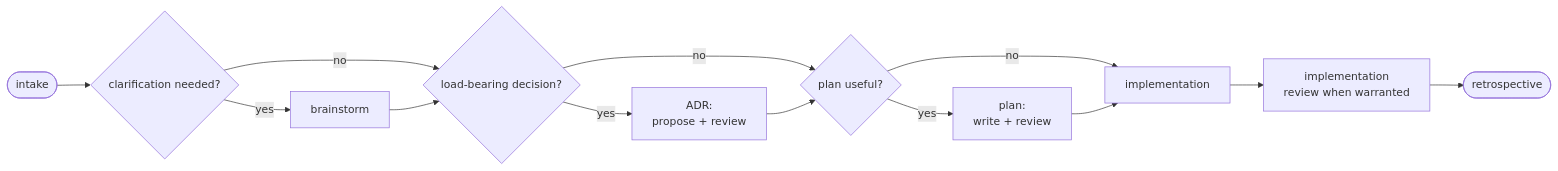
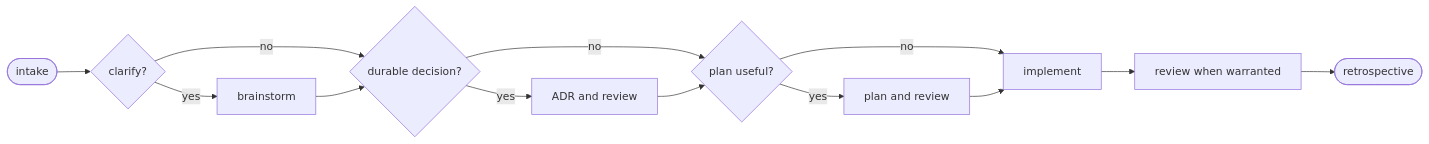
Before and after one commit to hypnotox/agentic-workflows: the diagram in README.md, drawn with Mermaid. The commit also changed other lines of this file and 1 other file, not shown here.

````diff
--- a/README.md
+++ b/README.md
@@ -111,15 +97,15 @@
 ```mermaid
 flowchart LR
-    IN([intake]) --> Q0{clarification needed?}
-    Q0 -->|yes| B[brainstorm]
-    Q0 -->|no| Q1{load-bearing decision?}
-    B --> Q1
-    Q1 -->|yes| ADR["ADR:<br/>propose + review"]
-    Q1 -->|no| Q2{plan useful?}
-    ADR --> Q2
-    Q2 -->|yes| PLAN["plan:<br/>write + review"]
-    Q2 -->|no| IMPL[implementation]
-    PLAN --> IMPL
-    IMPL --> REV["implementation<br/>review when warranted"]
-    REV --> RETRO([retrospective])
+    I([intake]) --> B{clarify?}
+    B -->|yes| BR[brainstorm]
+    B -->|no| D{durable decision?}
+    BR --> D
+    D -->|yes| A[ADR and review]
+    D -->|no| P{plan useful?}
+    A --> P
+    P -->|yes| PL[plan and review]
+    P -->|no| X[implement]
+    PL --> X
+    X --> R[review when warranted]
+    R --> T([retrospective])
 ```
````
